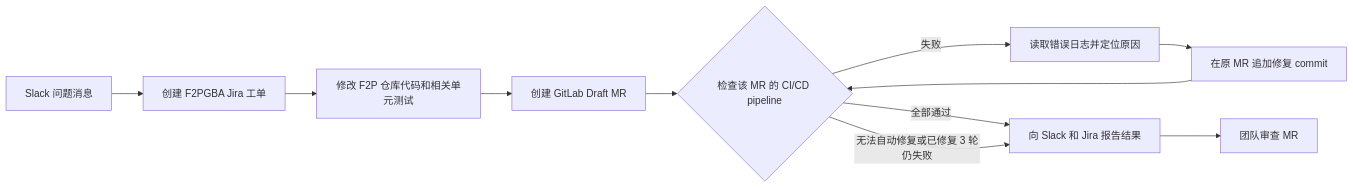
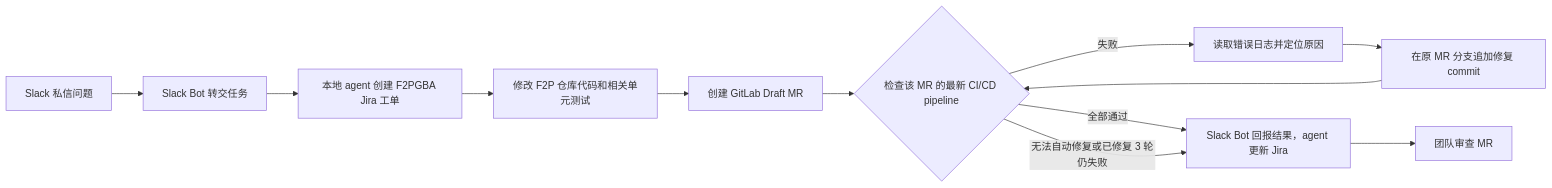
Before and after one commit to whhe-coder/Chat-to-Fix-Agent: the diagram in README.md, drawn with Mermaid. The commit also changed other lines of this file and 1 other file, not shown here.

Commit message:
docs: clarify bot ownership and CI repair loop

````diff
--- a/README.md
+++ b/README.md
@@ -9,13 +9,14 @@
 ```mermaid
 flowchart LR
-    A[Slack 问题消息] --> B[创建 F2PGBA Jira 工单]
-    B --> C[修改 F2P 仓库代码和相关单元测试]
-    C --> D[创建 GitLab Draft MR]
-    D --> E{检查该 MR 的 CI/CD pipeline}
-    E -->|失败| F[读取错误日志并定位原因]
-    F --> G[在原 MR 追加修复 commit]
-    G --> E
-    E -->|全部通过| H[向 Slack 和 Jira 报告结果]
-    E -->|无法自动修复或已修复 3 轮仍失败| H
-    H --> I[团队审查 MR]
+    A[Slack 私信问题] --> B[Slack Bot 转交任务]
+    B --> C[本地 agent 创建 F2PGBA Jira 工单]
+    C --> D[修改 F2P 仓库代码和相关单元测试]
+    D --> E[创建 GitLab Draft MR]
+    E --> F{检查该 MR 的最新 CI/CD pipeline}
+    F -->|失败| G[读取错误日志并定位原因]
+    G --> H[在原 MR 分支追加修复 commit]
+    H --> F
+    F -->|全部通过| I[Slack Bot 回报结果，agent 更新 Jira]
+    F -->|无法自动修复或已修复 3 轮仍失败| I
+    I --> J[团队审查 MR]
 ```
````
